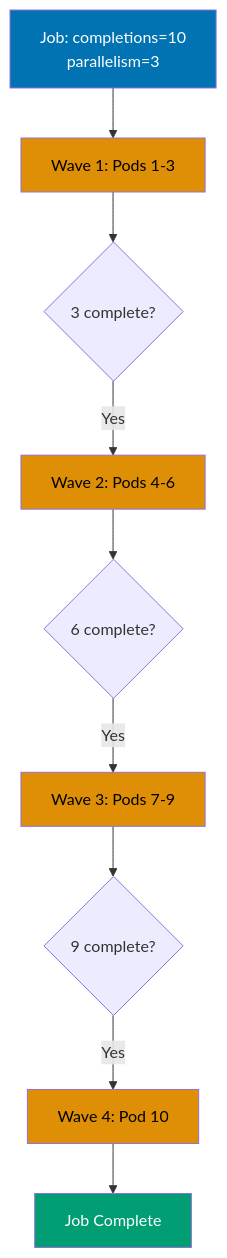
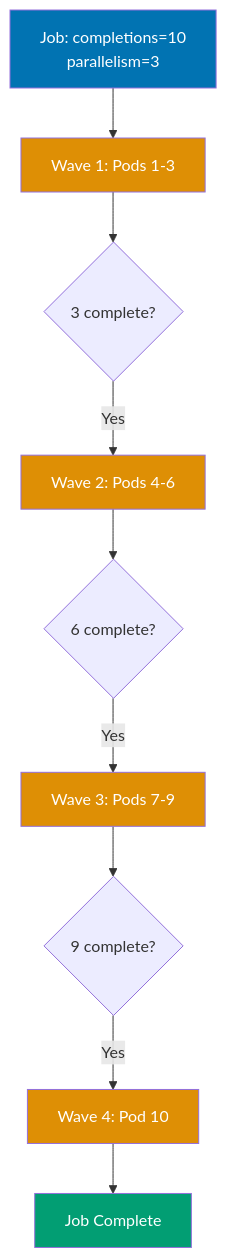
The fourth of 12 diagrams in apps/ayokoding-web/content/en/learn/software-engineering/infrastructure/tools/kubernetes/by-example/intermediate.md (wahidyankf/open-sharia-enterprise), drawn with Mermaid before and after one commit. The commit also changed other lines of this file and 61 other files, not shown here.

First line of the commit message:
fix(ayokoding-web): quote Mermaid node labels with special characters in Example 63

````diff
--- a/apps/ayokoding-web/content/en/learn/software-engineering/infrastructure/tools/kubernetes/by-example/intermediate.md
+++ b/apps/ayokoding-web/content/en/learn/software-engineering/infrastructure/tools/kubernetes/by-example/intermediate.md
@@ -915,19 +915,19 @@
 ```mermaid
 %% Parallel job execution
 graph TD
     A[Job: completions=10<br/>parallelism=3] --> B[Wave 1: Pods 1-3]
     B --> C{3 complete?}
     C -->|Yes| D[Wave 2: Pods 4-6]
     D --> E{6 complete?}
     E -->|Yes| F[Wave 3: Pods 7-9]
     F --> G{9 complete?}
     G -->|Yes| H[Wave 4: Pod 10]
     H --> I[Job Complete]
 
     style A fill:#0173B2,color:#fff
-    style B fill:#DE8F05,color:#000
-    style D fill:#DE8F05,color:#000
-    style F fill:#DE8F05,color:#000
-    style H fill:#DE8F05,color:#000
+    style B fill:#DE8F05,color:#fff
+    style D fill:#DE8F05,color:#fff
+    style F fill:#DE8F05,color:#fff
+    style H fill:#DE8F05,color:#fff
     style I fill:#029E73,color:#fff
 ```
````
